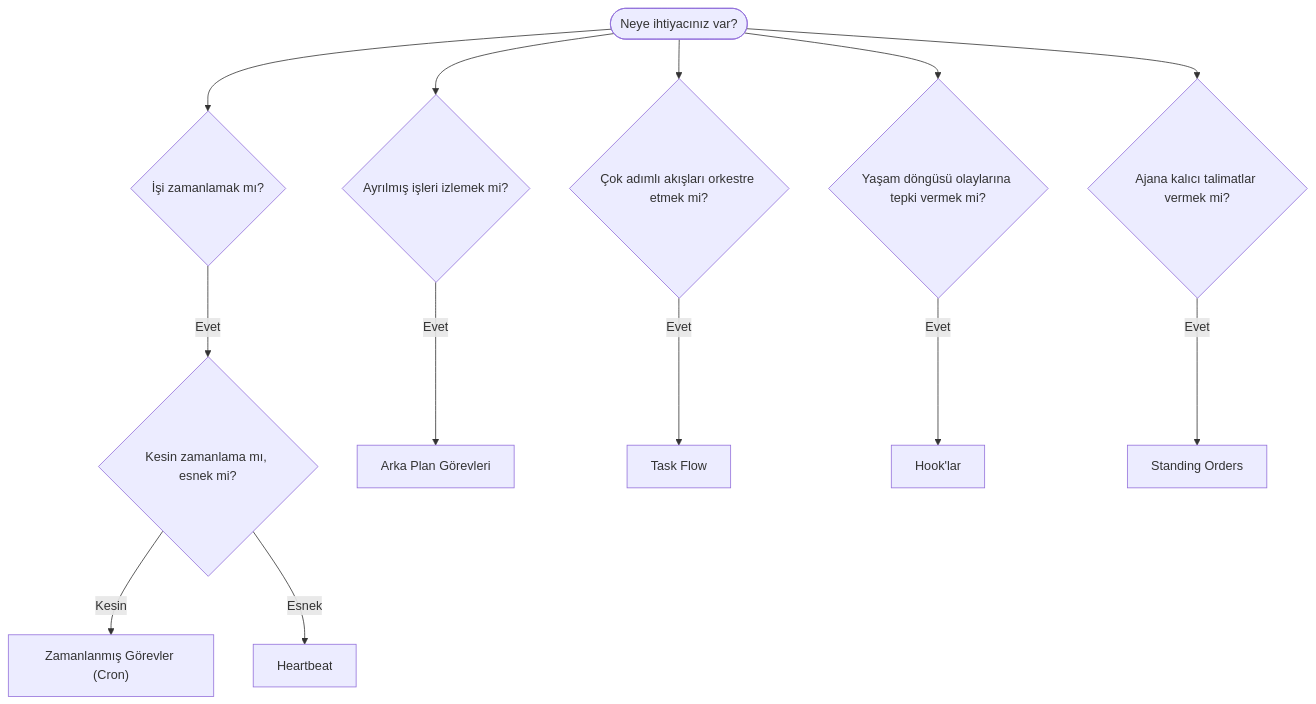
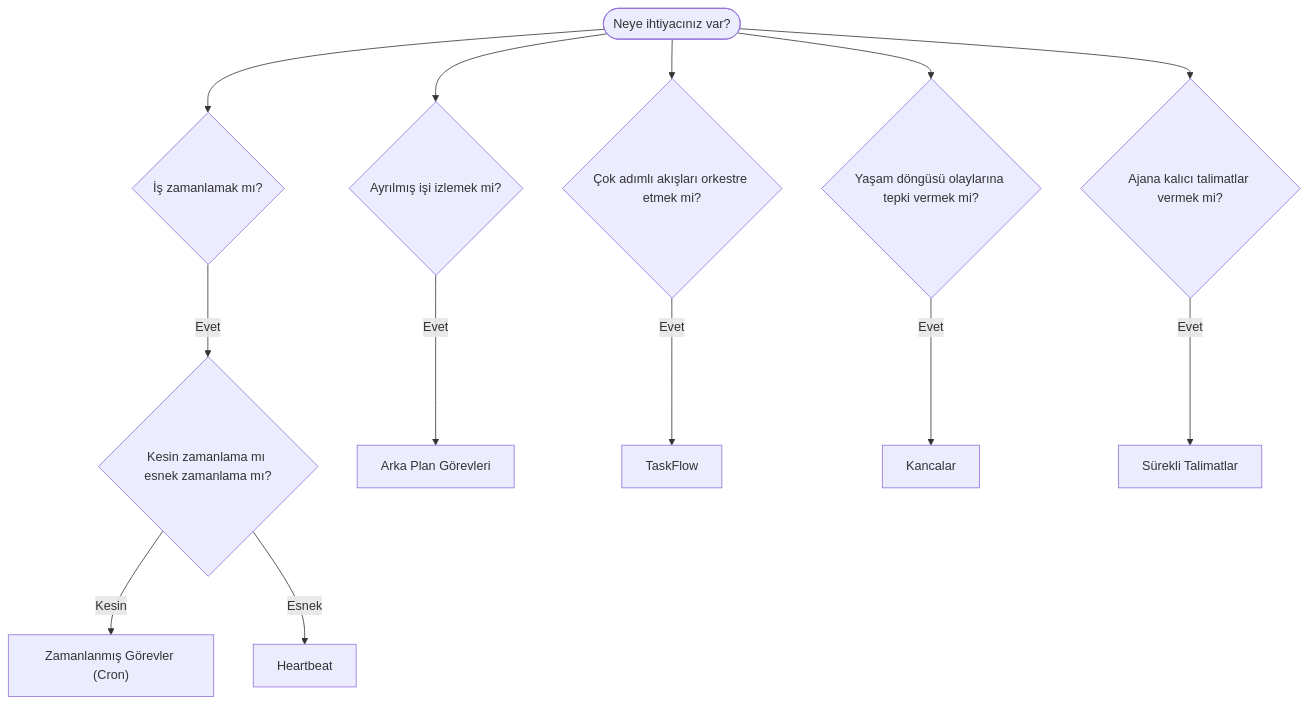
The diagram in docs/tr/automation/index.md (openclaw/docs), drawn with Mermaid before and after one commit. The commit also changed other lines of this file and 440 other files, not shown here.

````diff
--- a/docs/tr/automation/index.md
+++ b/docs/tr/automation/index.md
@@ -23,17 +21,17 @@
 ```mermaid
 flowchart TD
-    START([Neye ihtiyacınız var?]) --> Q1{İşi zamanlamak mı?}
-    START --> Q2{Ayrılmış işleri izlemek mi?}
+    START([Neye ihtiyacınız var?]) --> Q1{İş zamanlamak mı?}
+    START --> Q2{Ayrılmış işi izlemek mi?}
     START --> Q3{Çok adımlı akışları orkestre etmek mi?}
     START --> Q4{Yaşam döngüsü olaylarına tepki vermek mi?}
     START --> Q5{Ajana kalıcı talimatlar vermek mi?}
 
-    Q1 -->|Evet| Q1a{Kesin zamanlama mı, esnek mi?}
+    Q1 -->|Evet| Q1a{Kesin zamanlama mı esnek zamanlama mı?}
     Q1a -->|Kesin| CRON["Zamanlanmış Görevler (Cron)"]
     Q1a -->|Esnek| HEARTBEAT[Heartbeat]
 
     Q2 -->|Evet| TASKS[Arka Plan Görevleri]
-    Q3 -->|Evet| FLOW[Task Flow]
-    Q4 -->|Evet| HOOKS[Hook'lar]
-    Q5 -->|Evet| SO[Standing Orders]
+    Q3 -->|Evet| FLOW[TaskFlow]
+    Q4 -->|Evet| HOOKS[Kancalar]
+    Q5 -->|Evet| SO[Sürekli Talimatlar]
 ```
````
